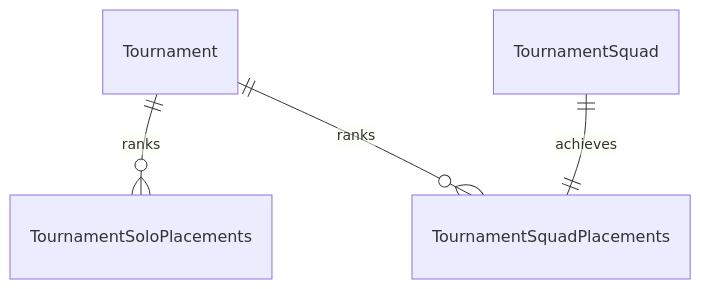
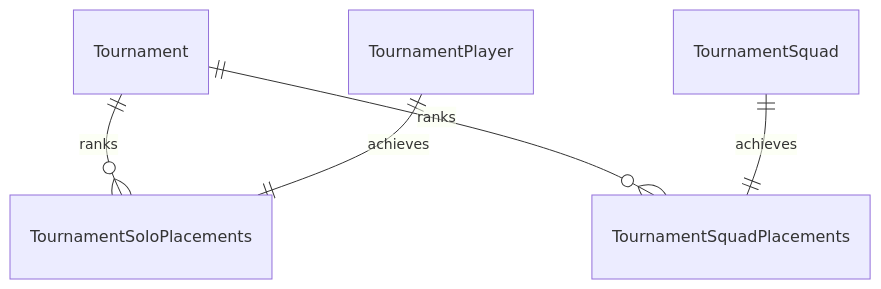
One commit to MarioKartCentral/MarioKartCentral changed the eighth of 16 diagrams in docs/database.md. Above: the diagram before and after it, drawn with Mermaid. The commit also changed other lines of this file and 37 other files, not shown here.

Commit message:
Implement multi-database architecture

````diff
--- a/docs/database.md
+++ b/docs/database.md
@@ -274,7 +277,8 @@
 ```mermaid
 erDiagram
     %% Placements
     Tournament ||--o{ TournamentSoloPlacements : "ranks"
     Tournament ||--o{ TournamentSquadPlacements : "ranks"
     TournamentSquad ||--|| TournamentSquadPlacements : "achieves"
+    TournamentPlayer ||--|| TournamentSoloPlacements : "achieves"
 ```
````
